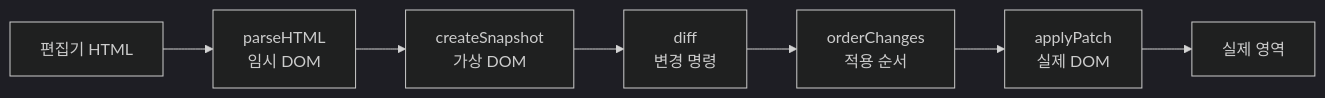
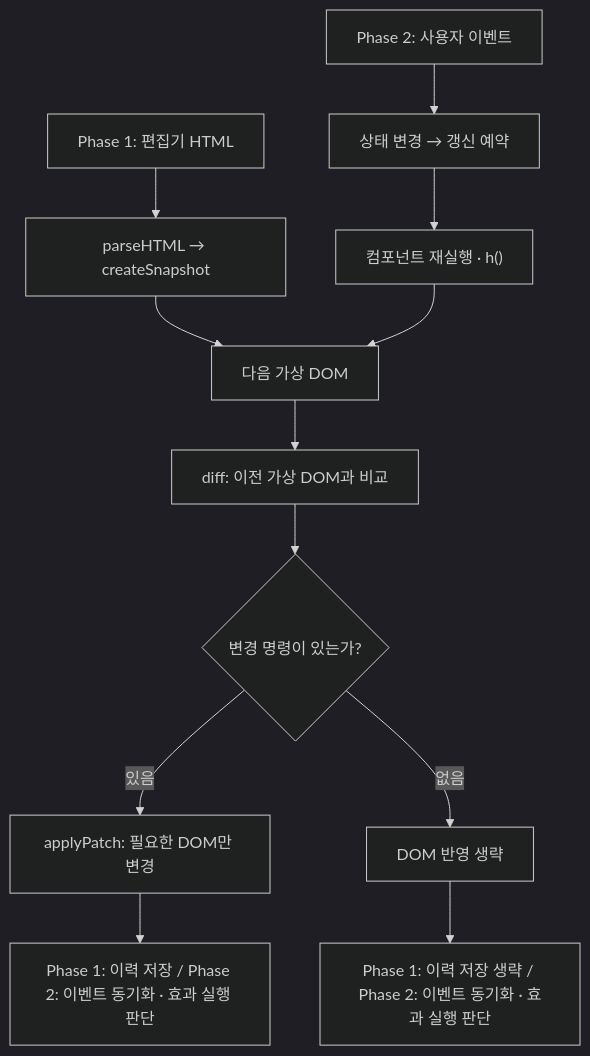
One commit to bennjung/jungle-mini-react-week11 changed the diagram in README.md. Above: the diagram before and after it, drawn with Mermaid (dark theme). The commit also changed other lines of this file, not shown here.

````diff
--- a/README.md
+++ b/README.md
@@ -39,9 +16,14 @@
 ```mermaid
-flowchart LR
-  A["편집기 HTML"] --> B["parseHTML<br/>임시 DOM"]
-  B --> C["createSnapshot<br/>가상 DOM"]
-  C --> D["diff<br/>변경 명령"]
-  D --> E["orderChanges<br/>적용 순서"]
-  E --> F["applyPatch<br/>실제 DOM"]
-  F --> G["실제 영역"]
+flowchart TD
+    A["Phase 1: 편집기 HTML"] --> B["parseHTML → createSnapshot"]
+    C["Phase 2: 사용자 이벤트"] --> D["상태 변경 → 갱신 예약"]
+    D --> E["컴포넌트 재실행 · h()"]
+    B --> F["다음 가상 DOM"]
+    E --> F
+    F --> G["diff: 이전 가상 DOM과 비교"]
+    G --> H{"변경 명령이 있는가?"}
+    H -->|있음| I["applyPatch: 필요한 DOM만 변경"]
+    H -->|없음| J["DOM 반영 생략"]
+    I --> K["Phase 1: 이력 저장 / Phase 2: 이벤트 동기화 · 효과 실행 판단"]
+    J --> L["Phase 1: 이력 저장 생략 / Phase 2: 이벤트 동기화 · 효과 실행 판단"]
 ```
````
